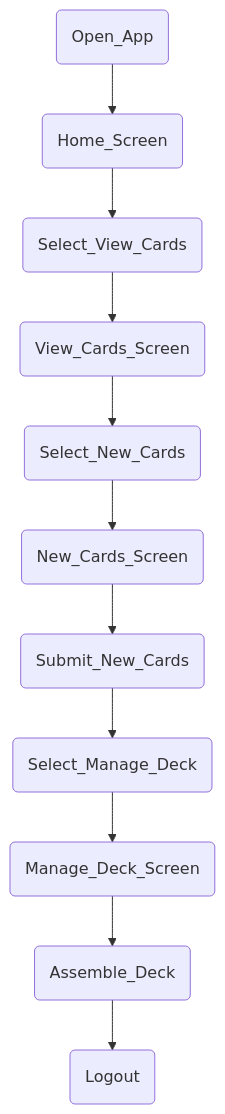
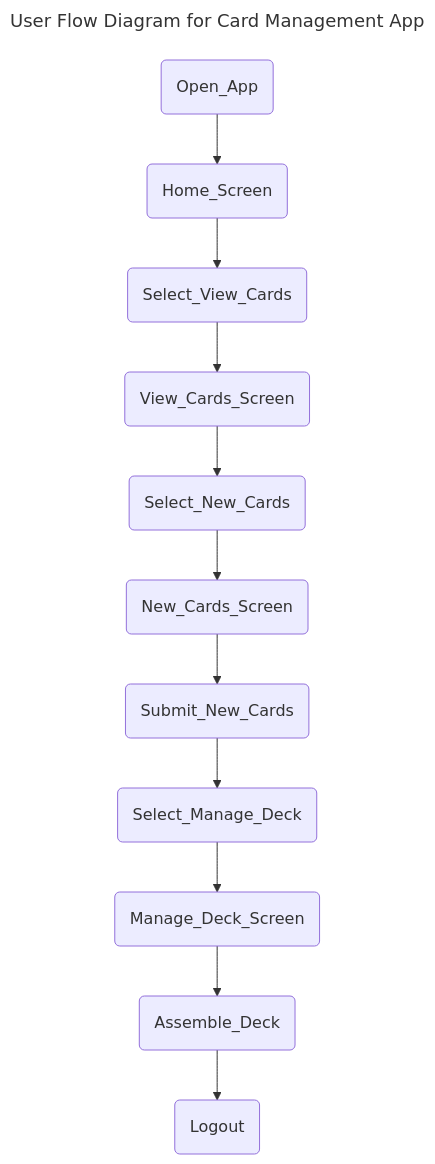
Before and after one commit to yjacobo3573/git-practice-Yulisa-Sandoval: the first of 2 diagrams in PokemonGame/README.md, drawn with Mermaid. The commit also changed other lines of this file, not shown here.

Commit message:
Add two flow diagrams

````diff
--- a/PokemonGame/README.md
+++ b/PokemonGame/README.md
@@ -3,15 +3,19 @@
 ```mermaid
+---
+title: User Flow Diagram for Card Management App
+---
+
 %% User Flow Diagram
 flowchart TD
     A(Open_App) --> B(Home_Screen)
     B --> C(Select_View_Cards)
     C --> D(View_Cards_Screen)
     D --> E(Select_New_Cards)
     E --> F(New_Cards_Screen)
     F --> G(Submit_New_Cards)
     G --> H(Select_Manage_Deck)
     H --> I(Manage_Deck_Screen)
     I --> J(Assemble_Deck)
     J --> K(Logout)  
 
 ```
````
